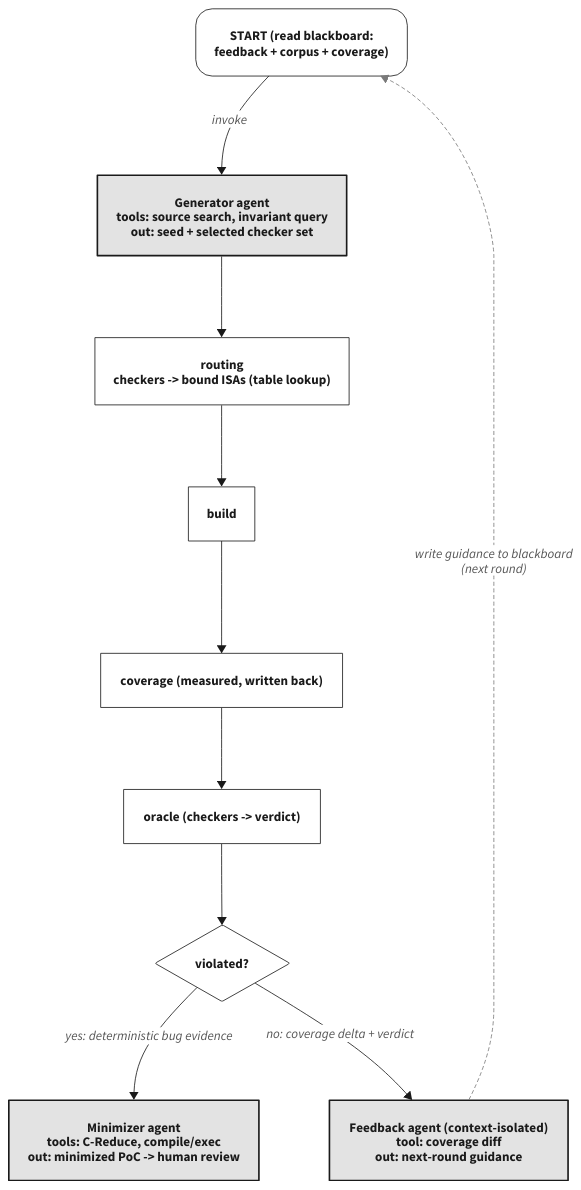
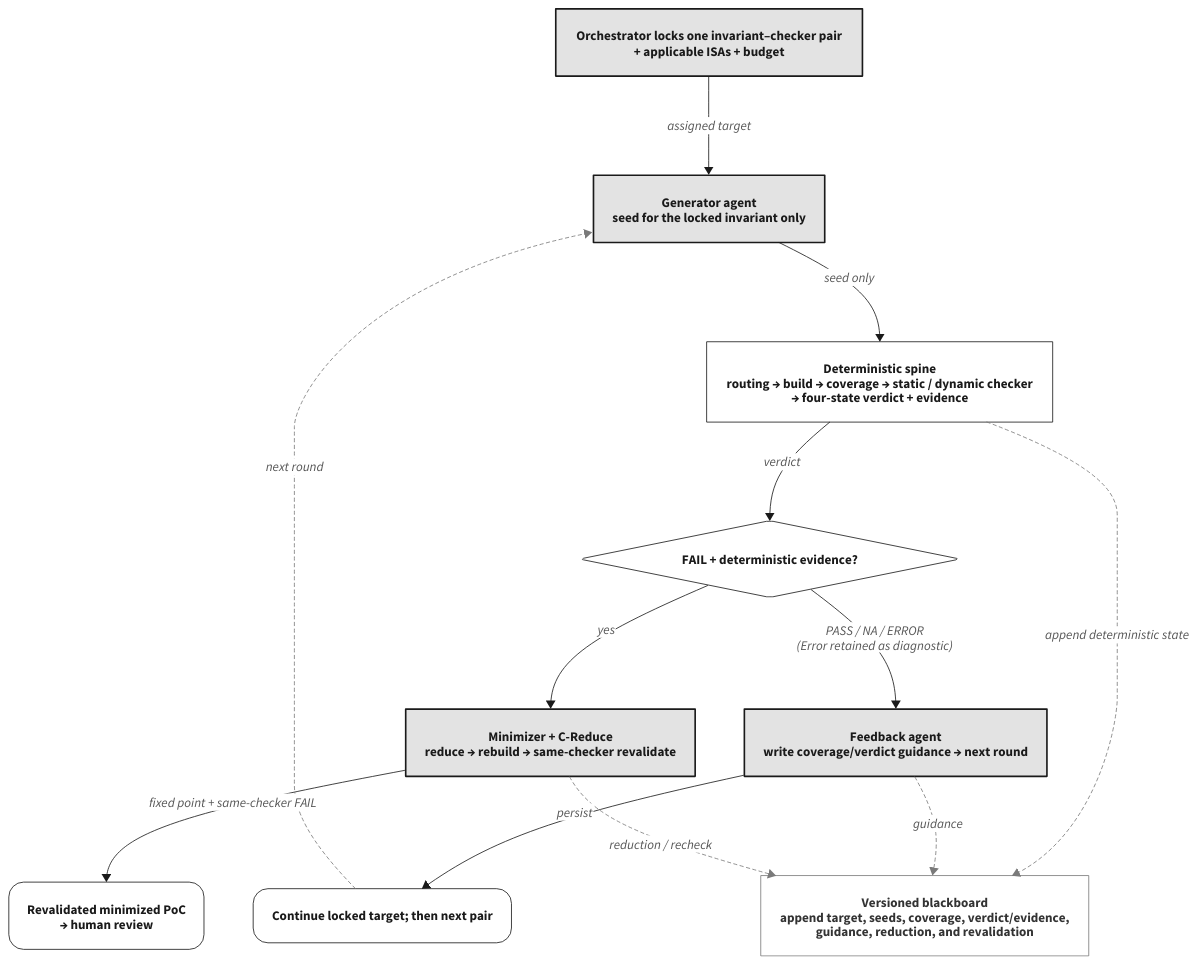
One commit to zjy-dev/de-fuzz changed the diagram in docs/paper/figures/src/main-loop.d2. Above: the diagram before and after it, drawn with D2. The commit also changed 20 other files, not shown here.

```diff
--- a/docs/paper/figures/src/main-loop.d2
+++ b/docs/paper/figures/src/main-loop.d2
@@ -1,36 +1,34 @@
-# Fig: single-iteration agentic data flow (academic monochrome)
+# Fig: one locked-target agentic iteration (academic monochrome)
 # render: d2 --theme=0 --pad=8 main-loop.d2 ../main-loop.svg
-# Deterministic pipeline (spine) invokes agents only at fixed positions.
 
 classes: {
   node:  { style: { fill: white; stroke: "#1A1A1A"; stroke-width: 1; font-color: "#1A1A1A" } }
   agent: { style: { fill: "#E3E3E3"; stroke: "#1A1A1A"; stroke-width: 2; font-color: "#1A1A1A" } }
-  term:  { style: { fill: white; stroke: "#1A1A1A"; stroke-width: 1; font-color: "#1A1A1A"; border-radius: 20 } }
-  dec:   { style: { fill: white; stroke: "#1A1A1A"; stroke-width: 1; font-color: "#1A1A1A" } }
+  state: { style: { fill: white; stroke: "#7A7A7A"; stroke-width: 1; font-color: "#333333" } }
+  term:  { style: { fill: white; stroke: "#1A1A1A"; stroke-width: 1; font-color: "#1A1A1A"; border-radius: 18 } }
+  key:   { style: { fill: "#E3E3E3"; stroke: "#1A1A1A"; stroke-width: 2; font-color: "#1A1A1A" } }
 }
 
 direction: down
 
-start: "START  (read blackboard:\nfeedback + corpus + coverage)" { class: term }
+target: "Orchestrator locks one invariant–checker pair\n+ applicable ISAs + budget" { class: key }
+gen: "Generator agent\nseed for the locked invariant only" { class: agent }
+spine: "Deterministic spine\nrouting → build → coverage → static / dynamic checker\n→ four-state verdict + evidence" { class: node }
+route: "FAIL + deterministic evidence?" { class: node; shape: diamond }
+feedback: "Feedback agent\nwrite coverage/verdict guidance → next round" { class: agent }
+minim: "Minimizer + C-Reduce\nreduce → rebuild → same-checker revalidate" { class: agent }
+next: "Continue locked target; then next pair" { class: term }
+poc: "Revalidated minimized PoC\n→ human review" { class: term }
+bb: "Versioned blackboard\nappend target, seeds, coverage, verdict/evidence,\nguidance, reduction, and revalidation" { class: state }
 
-gen: "Generator agent\ntools: source search, invariant query\nout: seed + selected checker set" { class: agent }
-
-routing: "routing\ncheckers -> bound ISAs (table lookup)" { class: node }
-build: "build" { class: node }
-coverage: "coverage  (measured, written back)" { class: node }
-oracle: "oracle  (checkers -> verdict)" { class: node }
-
-route: "violated?" { class: dec; shape: diamond }
-
-minim: "Minimizer agent\ntools: C-Reduce, compile/exec\nout: minimized PoC -> human review" { class: agent }
-feedback: "Feedback agent  (context-isolated)\ntool: coverage diff\nout: next-round guidance" { class: agent }
-
-start -> gen: "invoke" { style: { stroke: "#1A1A1A"; stroke-width: 1; font-color: "#555555" } }
-gen -> routing: "" { style: { stroke: "#1A1A1A"; stroke-width: 1 } }
-routing -> build: "" { style: { stroke: "#1A1A1A"; stroke-width: 1 } }
-build -> coverage: "" { style: { stroke: "#1A1A1A"; stroke-width: 1 } }
-coverage -> oracle: "" { style: { stroke: "#1A1A1A"; stroke-width: 1 } }
-oracle -> route: "" { style: { stroke: "#1A1A1A"; stroke-width: 1 } }
-route -> minim: "yes: deterministic bug evidence" { style: { stroke: "#1A1A1A"; stroke-width: 1; font-color: "#555555" } }
-route -> feedback: "no: coverage delta + verdict" { style: { stroke: "#1A1A1A"; stroke-width: 1; font-color: "#555555" } }
-feedback -> start: "write guidance to blackboard\n(next round)" { style: { stroke: "#7A7A7A"; stroke-width: 1; stroke-dash: 4; font-color: "#555555" } }
+target -> gen: "assigned target" { style: { stroke: "#1A1A1A"; stroke-width: 1; font-color: "#555555" } }
+gen -> spine: "seed only" { style: { stroke: "#1A1A1A"; stroke-width: 1; font-color: "#555555" } }
+spine -> route: "verdict" { style: { stroke: "#1A1A1A"; stroke-width: 1; font-color: "#555555" } }
+route -> feedback: "PASS / NA / ERROR\n(Error retained as diagnostic)" { style: { stroke: "#1A1A1A"; stroke-width: 1; font-color: "#555555" } }
+route -> minim: "yes" { style: { stroke: "#1A1A1A"; stroke-width: 1; font-color: "#555555" } }
+feedback -> next: "persist" { style: { stroke: "#1A1A1A"; stroke-width: 1; font-color: "#555555" } }
+next -> gen: "next round" { style: { stroke: "#7A7A7A"; stroke-width: 1; stroke-dash: 4; font-color: "#555555" } }
+minim -> poc: "fixed point + same-checker FAIL" { style: { stroke: "#1A1A1A"; stroke-width: 1; font-color: "#555555" } }
+spine -> bb: "append deterministic state" { style: { stroke: "#7A7A7A"; stroke-width: 1; stroke-dash: 4; font-color: "#555555" } }
+feedback -> bb: "guidance" { style: { stroke: "#7A7A7A"; stroke-width: 1; stroke-dash: 4; font-color: "#555555" } }
+minim -> bb: "reduction / recheck" { style: { stroke: "#7A7A7A"; stroke-width: 1; stroke-dash: 4; font-color: "#555555" } }
```
